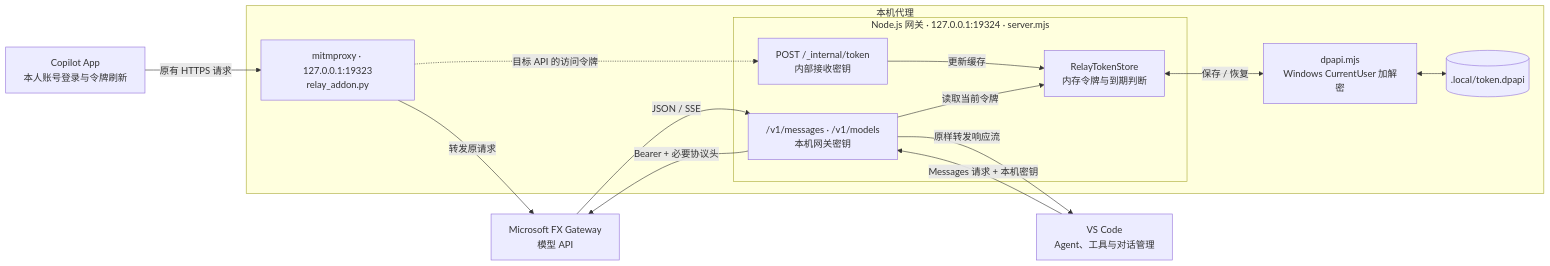
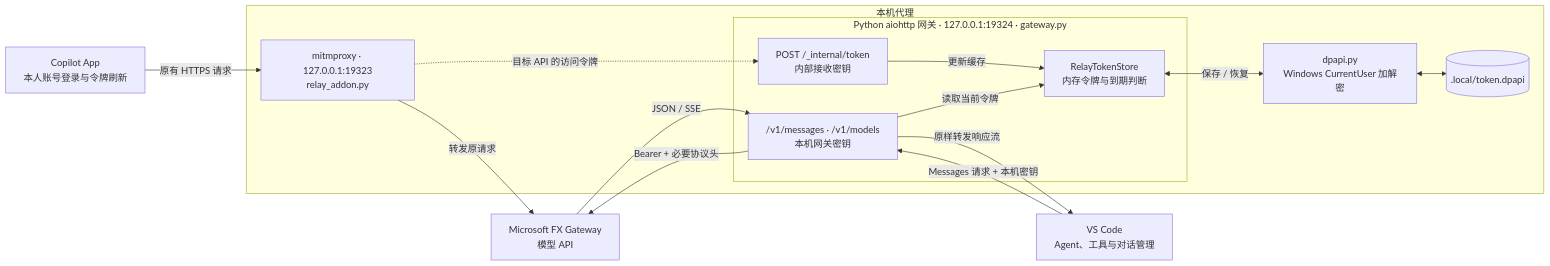
Before and after one commit to madderscientist/copilot-app-proxy: the diagram in README.md, drawn with Mermaid. The commit also changed other lines of this file and 9 other files, not shown here.

````diff
--- a/README.md
+++ b/README.md
@@ -226,29 +250,29 @@
 ```mermaid
 flowchart LR
   App["Copilot App<br/>本人账号登录与令牌刷新"]
   VSCode["VS Code<br/>Agent、工具与对话管理"]
   Upstream["Microsoft FX Gateway<br/>模型 API"]
 
   subgraph Local["本机代理"]
     Relay["mitmproxy · 127.0.0.1:19323<br/>relay_addon.py"]
-    subgraph Node["Node.js 网关 · 127.0.0.1:19324 · server.mjs"]
+    subgraph Gateway["Python aiohttp 网关 · 127.0.0.1:19324 · gateway.py"]
       Ingest["POST /_internal/token<br/>内部接收密钥"]
       API["/v1/messages · /v1/models<br/>本机网关密钥"]
       Store["RelayTokenStore<br/>内存令牌与到期判断"]
     end
-    DPAPI["dpapi.mjs<br/>Windows CurrentUser 加解密"]
+    DPAPI["dpapi.py<br/>Windows CurrentUser 加解密"]
     Cache[(".local/token.dpapi")]
   end
 
   App -->|"原有 HTTPS 请求"| Relay
   Relay -->|"转发原请求"| Upstream
   Relay -.->|"目标 API 的访问令牌"| Ingest
   Ingest -->|"更新缓存"| Store
   Store <-->|"保存 / 恢复"| DPAPI
   DPAPI <--> Cache
   VSCode -->|"Messages 请求 + 本机密钥"| API
   API -->|"读取当前令牌"| Store
   API -->|"Bearer + 必要协议头"| Upstream
   Upstream -->|"JSON / SSE"| API
   API -->|"原样转发响应流"| VSCode
 ```
````
